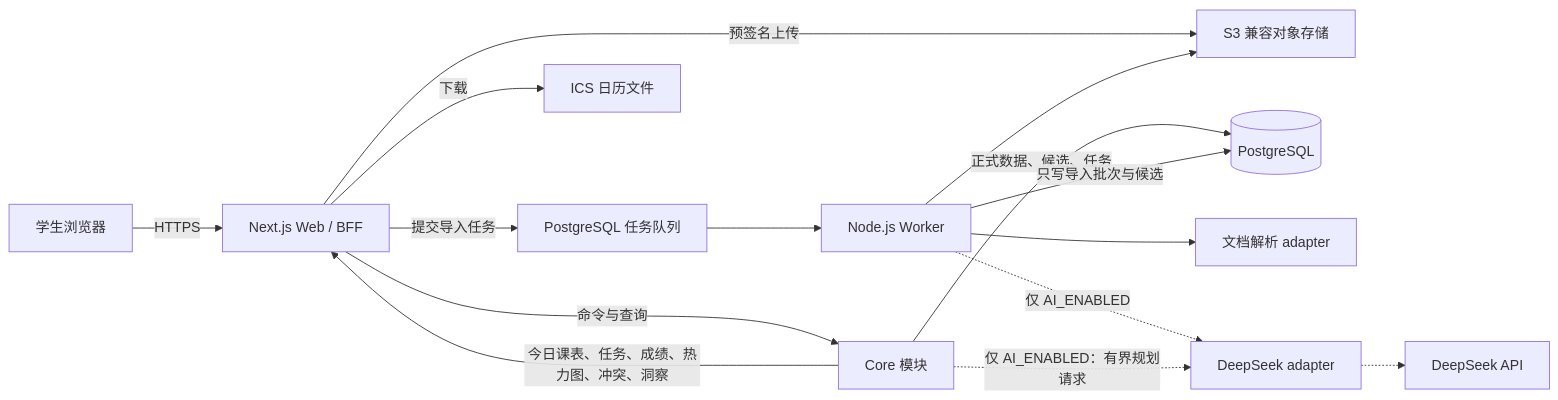
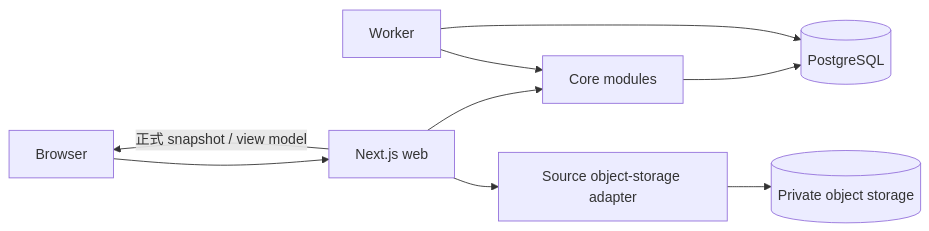
The first of 2 diagrams in docs/architecture/README.md (siruimei07/Course-Flow), drawn with Mermaid before and after one commit. The commit also changed other lines of this file and 81 other files, not shown here.

````diff
--- a/docs/architecture/README.md
+++ b/docs/architecture/README.md
@@ -19,17 +13,11 @@
 ```mermaid
 flowchart LR
-    U["学生浏览器"] -->|HTTPS| W["Next.js Web / BFF"]
-    W -->|命令与查询| C["Core 模块"]
-    W -->|预签名上传| O["S3 兼容对象存储"]
-    C -->|正式数据、候选、任务| P[(PostgreSQL)]
-    W -->|提交导入任务| Q["PostgreSQL 任务队列"]
-    Q --> K["Node.js Worker"]
-    K --> O
-    K --> X["文档解析 adapter"]
-    K -.->|仅 AI_ENABLED| A["DeepSeek adapter"]
-    C -.->|仅 AI_ENABLED：有界规划请求| A
-    A -.-> D["DeepSeek API"]
-    K -->|只写导入批次与候选| P
-    C -->|今日课表、任务、成绩、热力图、冲突、洞察| W
-    W -->|下载| I["ICS 日历文件"]
+    B["Browser"] --> W["Next.js web"]
+    W --> C["Core modules"]
+    W --> S["Source object-storage adapter"]
+    C --> P[(PostgreSQL)]
+    S --> O[(Private object storage)]
+    K["Worker"] --> C
+    K --> P
+    W -->|"正式 snapshot / view model"| B
 ```
````
